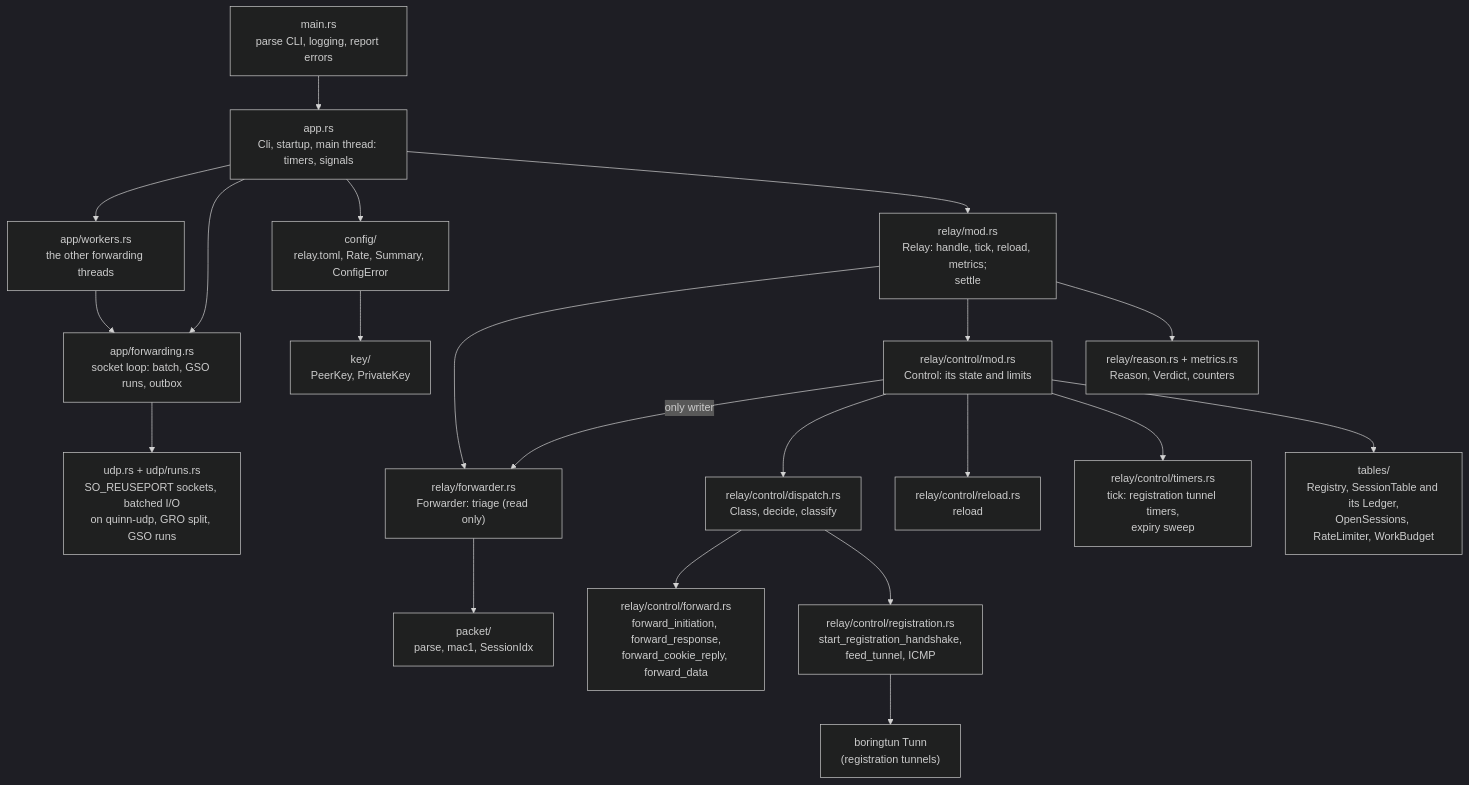
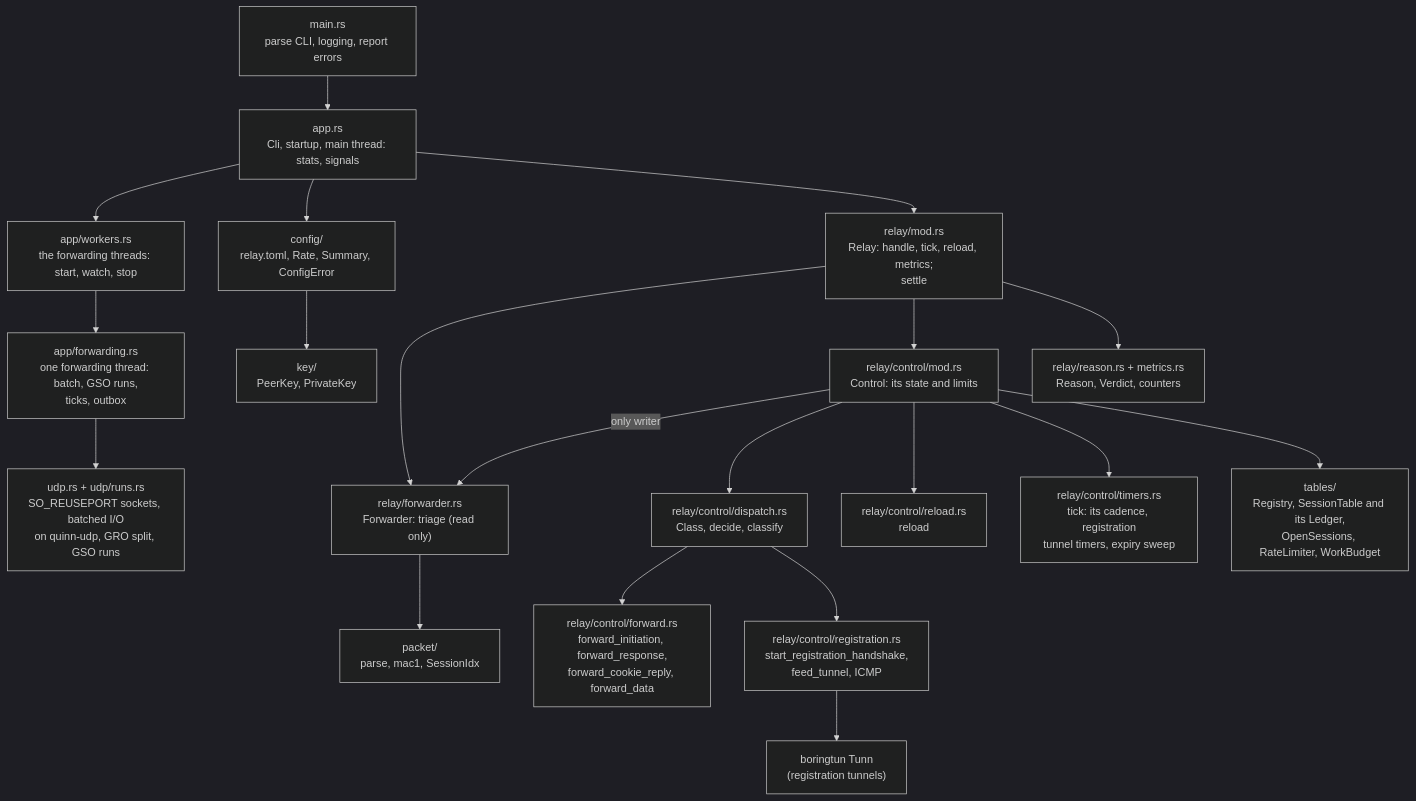
Before and after one commit to 3alpha/wg-relay: diagram 22 of 23 in docs/how-it-works.md, drawn with Mermaid (dark theme). The commit also changed other lines of this file and 9 other files, not shown here.

First line of the commit message:
refactor(app): make every forwarding thread identical

````diff
--- a/docs/how-it-works.md
+++ b/docs/how-it-works.md
@@ -751,23 +750,22 @@
 ```mermaid
 flowchart TD
-    main["main.rs<br/>parse CLI, logging, report errors"] --> app["app.rs<br/>Cli, startup, main thread: timers, signals"]
-    app --> wrk["app/workers.rs<br/>the other forwarding threads"]
-    app --> loop["app/forwarding.rs<br/>socket loop: batch, GSO runs, outbox"]
-    wrk --> loop
+    main["main.rs<br/>parse CLI, logging, report errors"] --> app["app.rs<br/>Cli, startup, main thread: stats, signals"]
+    app --> wrk["app/workers.rs<br/>the forwarding threads: start, watch, stop"]
+    wrk --> loop["app/forwarding.rs<br/>one forwarding thread: batch, GSO runs,<br/>ticks, outbox"]
     loop --> udp["udp.rs + udp/runs.rs<br/>SO_REUSEPORT sockets, batched I/O<br/>on quinn-udp, GRO split, GSO runs"]
     app --> cfg["config/<br/>relay.toml, Rate, Summary, ConfigError"]
     app --> relay["relay/mod.rs<br/>Relay: handle, tick, reload, metrics;<br/>settle"]
     relay --> fwdr["relay/forwarder.rs<br/>Forwarder: triage (read only)"]
     relay --> ctl["relay/control/mod.rs<br/>Control: its state and limits"]
     ctl -- "only writer" --> fwdr
     ctl --> dsp["relay/control/dispatch.rs<br/>Class, decide, classify"]
     dsp --> fwd["relay/control/forward.rs<br/>forward_initiation, forward_response,<br/>forward_cookie_reply, forward_data"]
     dsp --> regm["relay/control/registration.rs<br/>start_registration_handshake,<br/>feed_tunnel, ICMP"]
     ctl --> rel["relay/control/reload.rs<br/>reload"]
-    ctl --> tmr["relay/control/timers.rs<br/>tick: registration tunnel timers,<br/>expiry sweep"]
+    ctl --> tmr["relay/control/timers.rs<br/>tick: its cadence, registration<br/>tunnel timers, expiry sweep"]
     relay --> rsn["relay/reason.rs + metrics.rs<br/>Reason, Verdict, counters"]
     ctl --> tbl["tables/<br/>Registry, SessionTable and its Ledger,<br/>OpenSessions, RateLimiter, WorkBudget"]
     fwdr --> pkt["packet/<br/>parse, mac1, SessionIdx"]
     regm --> bt["boringtun Tunn<br/>(registration tunnels)"]
     cfg --> key["key/<br/>PeerKey, PrivateKey"]
 ```
````
